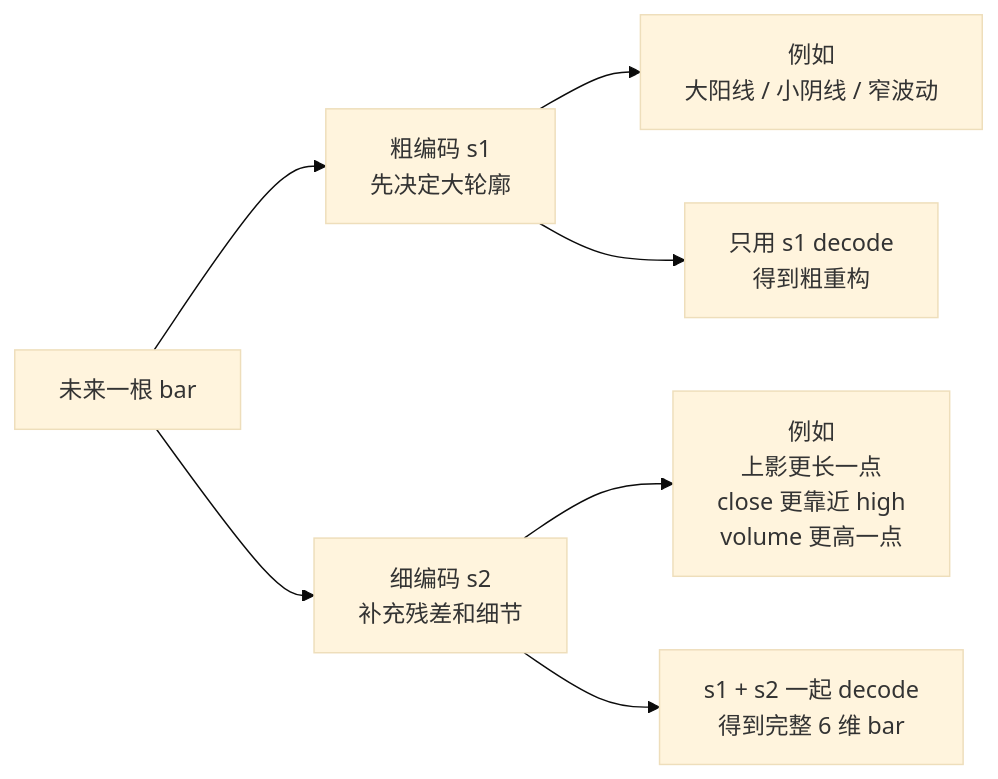
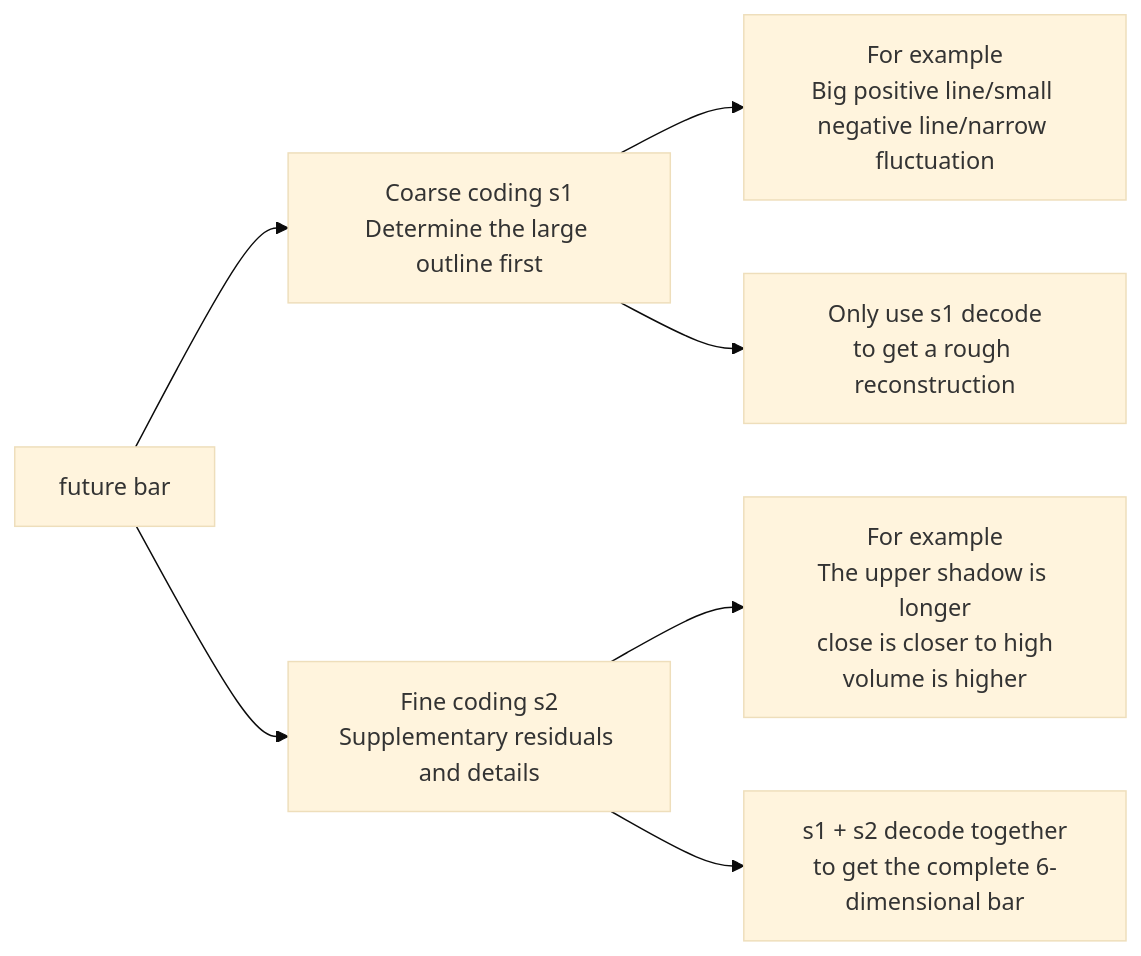
The second of 2 diagrams in README.md (Shadowell/Kairos), drawn with Mermaid (base theme) before and after one commit. The commit also changed other lines of this file and 13 other files, not shown here.

````diff
--- a/README.md
+++ b/README.md
@@ -199,9 +199,9 @@
 ```mermaid
 flowchart LR
-    A["未来一根 bar"] --> B["粗编码 s1<br/>先决定大轮廓"]
-    A --> C["细编码 s2<br/>补充残差和细节"]
-    B --> D["例如<br/>大阳线 / 小阴线 / 窄波动"]
-    C --> E["例如<br/>上影更长一点<br/>close 更靠近 high<br/>volume 更高一点"]
-    B --> F["只用 s1 decode<br/>得到粗重构"]
-    C --> G["s1 + s2 一起 decode<br/>得到完整 6 维 bar"]
+    A["future bar"] --> B["Coarse coding s1<br/>Determine the large outline first"]
+    A --> C["Fine coding s2<br/>Supplementary residuals and details"]
+    B --> D["For example<br/>Big positive line/small negative line/narrow fluctuation"]
+    C --> E["For example<br/>The upper shadow is longer<br/>close is closer to high<br/>volume is higher"]
+    B --> F["Only use s1 decode<br/>to get a rough reconstruction"]
+    C --> G["s1 + s2 decode together<br/>to get the complete 6-dimensional bar"]
 ```
````
